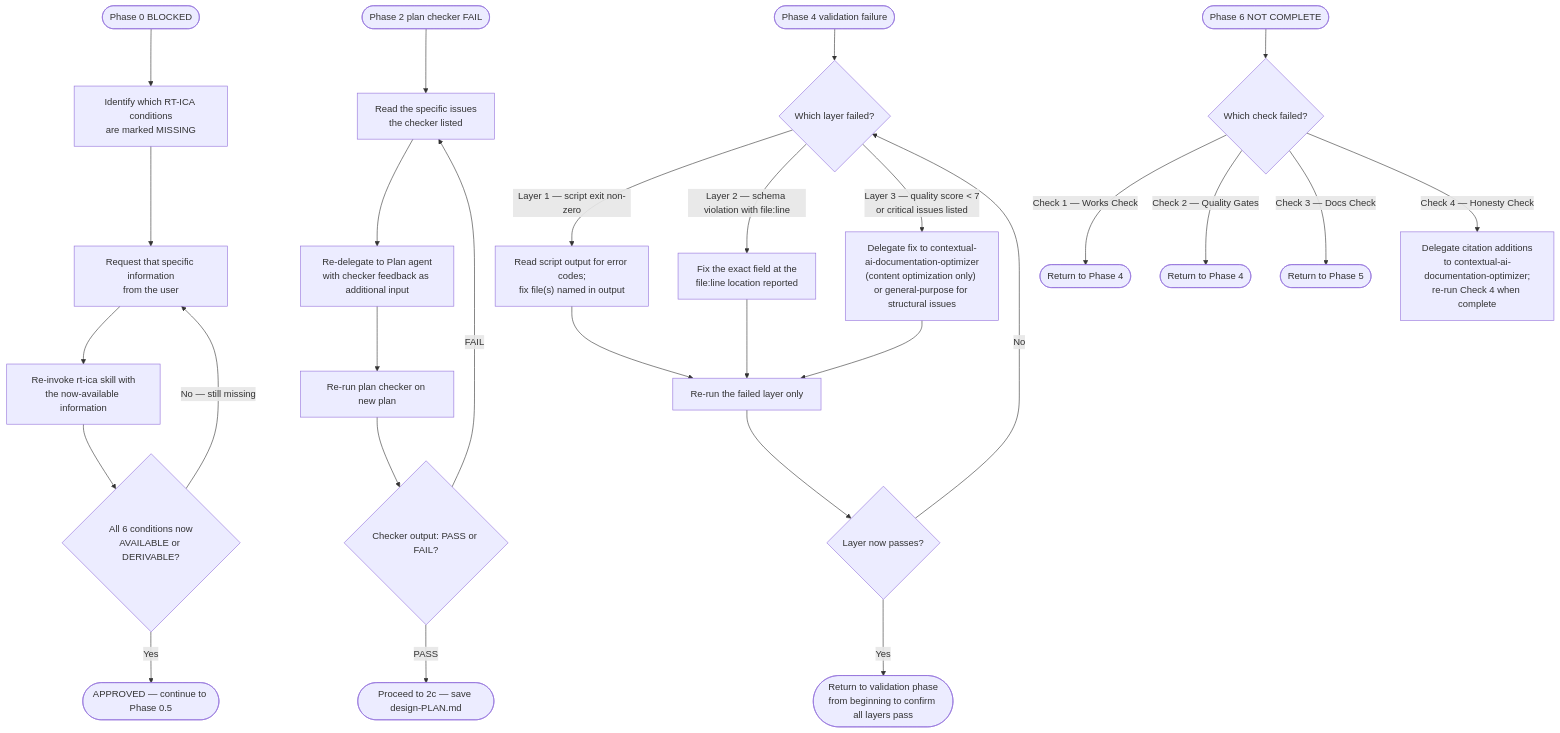
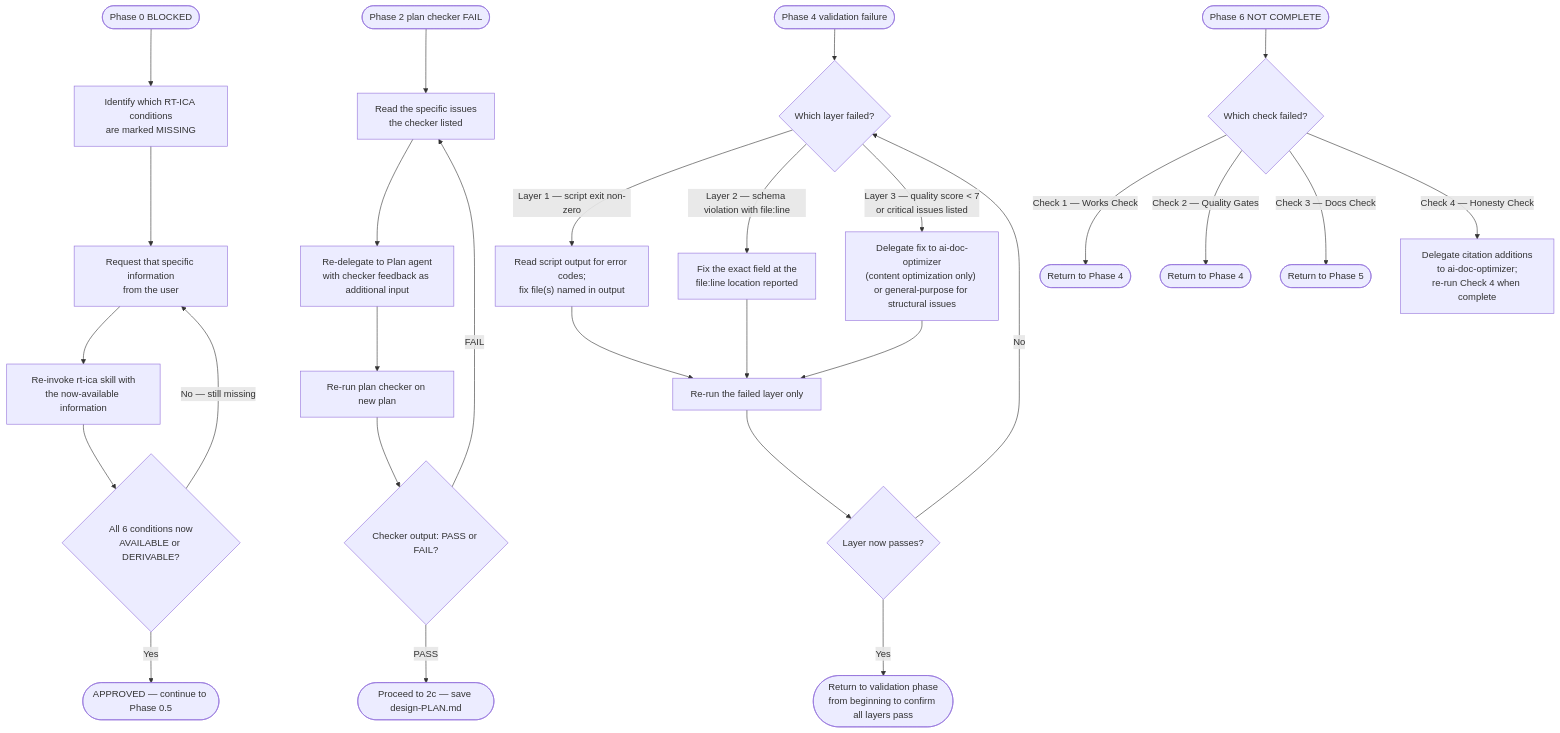
Before and after one commit to chgreer1070/claude_skills: diagram 12 of 12 in plugins/plugin-creator/skills/plugin-creator/references/workflow-diagram.md, drawn with Mermaid. The commit also changed other lines of this file and 5 other files, not shown here.

First line of the commit message:
docs(plugin-creator): Wave C — replace contextual-ai-documentation-optimizer refs with split agents

````diff
--- a/plugins/plugin-creator/skills/plugin-creator/references/workflow-diagram.md
+++ b/plugins/plugin-creator/skills/plugin-creator/references/workflow-diagram.md
@@ -274,33 +274,33 @@
 ```mermaid
 flowchart TD
     F0(["Phase 0 BLOCKED"]) --> F0A["Identify which RT-ICA conditions<br>are marked MISSING"]
     F0A --> F0B["Request that specific information<br>from the user"]
     F0B --> F0C["Re-invoke rt-ica skill with<br>the now-available information"]
     F0C --> F0D{"All 6 conditions now<br>AVAILABLE or DERIVABLE?"}
     F0D -->|"No — still missing"| F0B
     F0D -->|"Yes"| F0E(["APPROVED — continue to Phase 0.5"])
 
     F2(["Phase 2 plan checker FAIL"]) --> F2A["Read the specific issues<br>the checker listed"]
     F2A --> F2B["Re-delegate to Plan agent<br>with checker feedback as additional input"]
     F2B --> F2C["Re-run plan checker on new plan"]
     F2C --> F2D{"Checker output: PASS or FAIL?"}
     F2D -->|"FAIL"| F2A
     F2D -->|"PASS"| F2E(["Proceed to 2c — save design-PLAN.md"])
 
     F4(["Phase 4 validation failure"]) --> F4A{"Which layer failed?"}
     F4A -->|"Layer 1 — script exit non-zero"| F4B["Read script output for error codes;<br>fix file(s) named in output"]
     F4A -->|"Layer 2 — schema violation with file:line"| F4C["Fix the exact field at the<br>file:line location reported"]
-    F4A -->|"Layer 3 — quality score < 7<br>or critical issues listed"| F4D["Delegate fix to contextual-ai-documentation-optimizer<br>(content optimization only) or general-purpose for structural issues"]
+    F4A -->|"Layer 3 — quality score < 7<br>or critical issues listed"| F4D["Delegate fix to ai-doc-optimizer<br>(content optimization only) or general-purpose for structural issues"]
     F4B --> F4E["Re-run the failed layer only"]
     F4C --> F4E
     F4D --> F4E
     F4E --> F4F{"Layer now passes?"}
     F4F -->|"No"| F4A
     F4F -->|"Yes"| F4G(["Return to validation phase<br>from beginning to confirm all layers pass"])
 
     F6(["Phase 6 NOT COMPLETE"]) --> F6A{"Which check failed?"}
     F6A -->|"Check 1 — Works Check"| F6B(["Return to Phase 4"])
     F6A -->|"Check 2 — Quality Gates"| F6C(["Return to Phase 4"])
     F6A -->|"Check 3 — Docs Check"| F6D(["Return to Phase 5"])
-    F6A -->|"Check 4 — Honesty Check"| F6E["Delegate citation additions<br>to contextual-ai-documentation-optimizer;<br>re-run Check 4 when complete"]
+    F6A -->|"Check 4 — Honesty Check"| F6E["Delegate citation additions<br>to ai-doc-optimizer;<br>re-run Check 4 when complete"]
 ```
````
